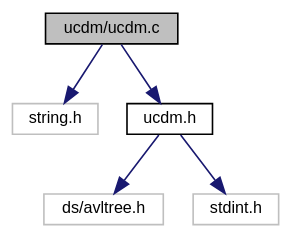
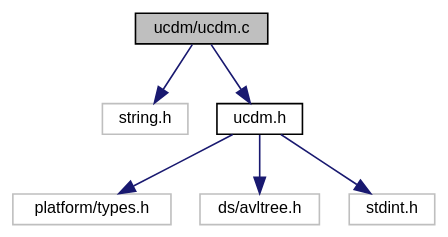
One commit to ebs-universe/piolib-ucdm changed the diagram in ucdm_8c__incl.dot. Above: the diagram before and after it, drawn with Graphviz. The commit also changed 40 other files, not shown here.

```diff
--- a/ucdm_8c__incl.dot
+++ b/ucdm_8c__incl.dot
@@ -1,17 +1,19 @@
 digraph "ucdm/ucdm.c"
 {
  // INTERACTIVE_SVG=YES
  // LATEX_PDF_SIZE
   bgcolor="transparent";
   edge [fontname="Helvetica",fontsize="10",labelfontname="Helvetica",labelfontsize="10"];
   node [fontname="Helvetica",fontsize="10",shape=record];
   Node1 [label="ucdm/ucdm.c",height=0.2,width=0.4,color="black", fillcolor="grey75", style="filled", fontcolor="black",tooltip="Implementation the Unified Configuration and Data Manager."];
   Node1 -> Node2 [color="midnightblue",fontsize="10",style="solid",fontname="Helvetica"];
   Node2 [label="string.h",height=0.2,width=0.4,color="grey75",tooltip=" "];
   Node1 -> Node3 [color="midnightblue",fontsize="10",style="solid",fontname="Helvetica"];
   Node3 [label="ucdm.h",height=0.2,width=0.4,color="black",URL="$ucdm_8h.html",tooltip="Interface and usage of the Unified Configuration and Data Manager."];
   Node3 -> Node4 [color="midnightblue",fontsize="10",style="solid",fontname="Helvetica"];
-  Node4 [label="ds/avltree.h",height=0.2,width=0.4,color="grey75",tooltip=" "];
+  Node4 [label="platform/types.h",height=0.2,width=0.4,color="grey75",tooltip=" "];
   Node3 -> Node5 [color="midnightblue",fontsize="10",style="solid",fontname="Helvetica"];
-  Node5 [label="stdint.h",height=0.2,width=0.4,color="grey75",tooltip=" "];
+  Node5 [label="ds/avltree.h",height=0.2,width=0.4,color="grey75",tooltip=" "];
+  Node3 -> Node6 [color="midnightblue",fontsize="10",style="solid",fontname="Helvetica"];
+  Node6 [label="stdint.h",height=0.2,width=0.4,color="grey75",tooltip=" "];
 }
```
